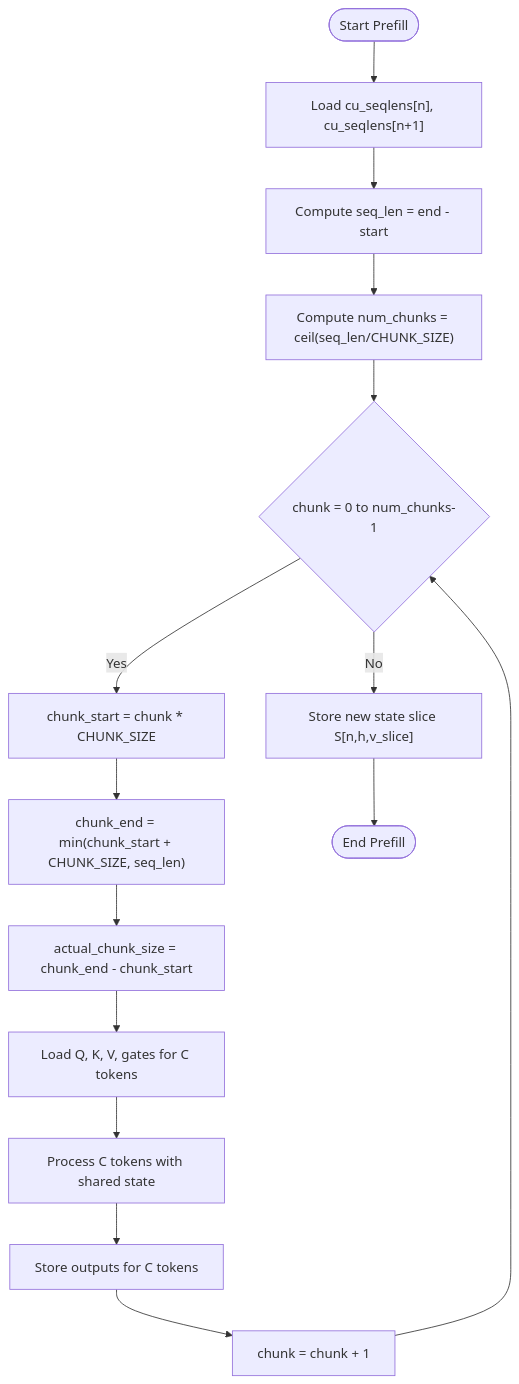
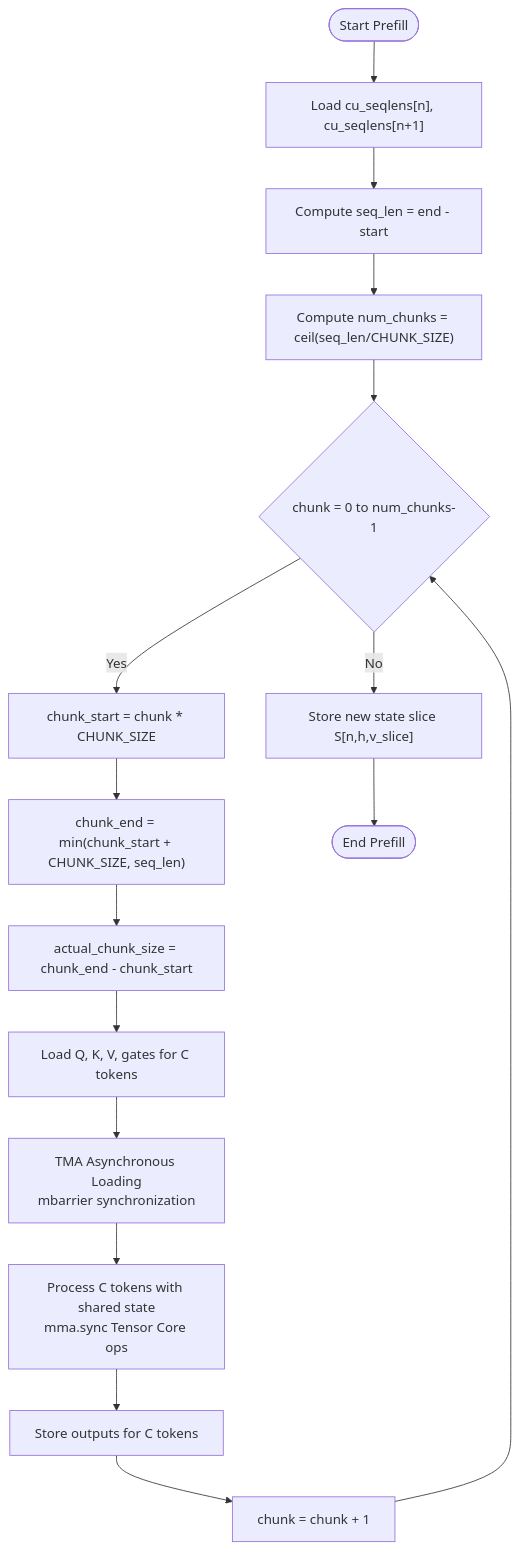
Before and after one commit to gugudeshubao/flashinfer-bench-tma-thrust: the third of 6 diagrams in .qoder/repowiki/en/content/Core Kernels/GDN Prefill Kernel.md, drawn with Mermaid. The commit also changed other lines of this file and 4 other files, not shown here.

````diff
--- a/.qoder/repowiki/en/content/Core Kernels/GDN Prefill Kernel.md
+++ b/.qoder/repowiki/en/content/Core Kernels/GDN Prefill Kernel.md
@@ -218,17 +254,18 @@
 ```mermaid
 flowchart TD
 Start(["Start Prefill"]) --> LoadBounds["Load cu_seqlens[n], cu_seqlens[n+1]"]
 LoadBounds --> SeqLen["Compute seq_len = end - start"]
 SeqLen --> NumChunks["Compute num_chunks = ceil(seq_len/CHUNK_SIZE)"]
 NumChunks --> LoopChunks{"chunk = 0 to num_chunks-1"}
 LoopChunks --> |Yes| ChunkStart["chunk_start = chunk * CHUNK_SIZE"]
 ChunkStart --> ChunkEnd["chunk_end = min(chunk_start + CHUNK_SIZE, seq_len)"]
 ChunkEnd --> ActualSize["actual_chunk_size = chunk_end - chunk_start"]
 ActualSize --> LoadChunk["Load Q, K, V, gates for C tokens"]
-LoadChunk --> ProcessChunk["Process C tokens with shared state"]
+LoadChunk --> TMAOps["TMA Asynchronous Loading<br/>mbarrier synchronization"]
+TMAOps --> ProcessChunk["Process C tokens with shared state<br/>mma.sync Tensor Core ops"]
 ProcessChunk --> StoreChunk["Store outputs for C tokens"]
 StoreChunk --> NextChunk["chunk = chunk + 1"]
 NextChunk --> LoopChunks
 LoopChunks --> |No| FinalState["Store new state slice S[n,h,v_slice]"]
 FinalState --> End(["End Prefill"])
 ```
````
